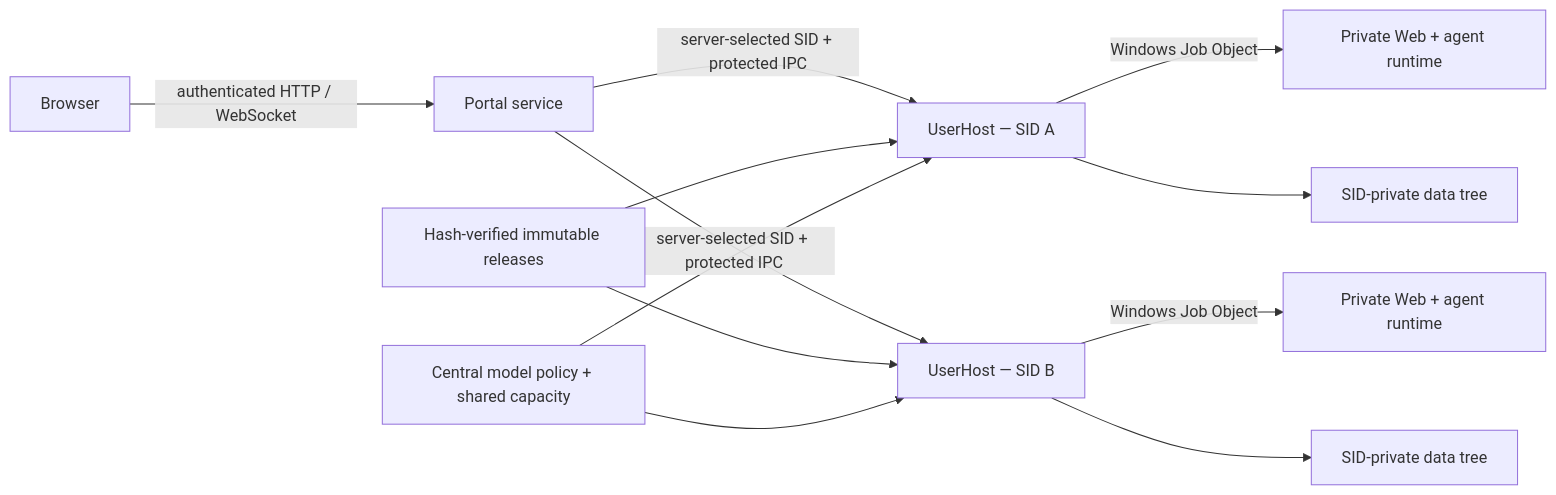
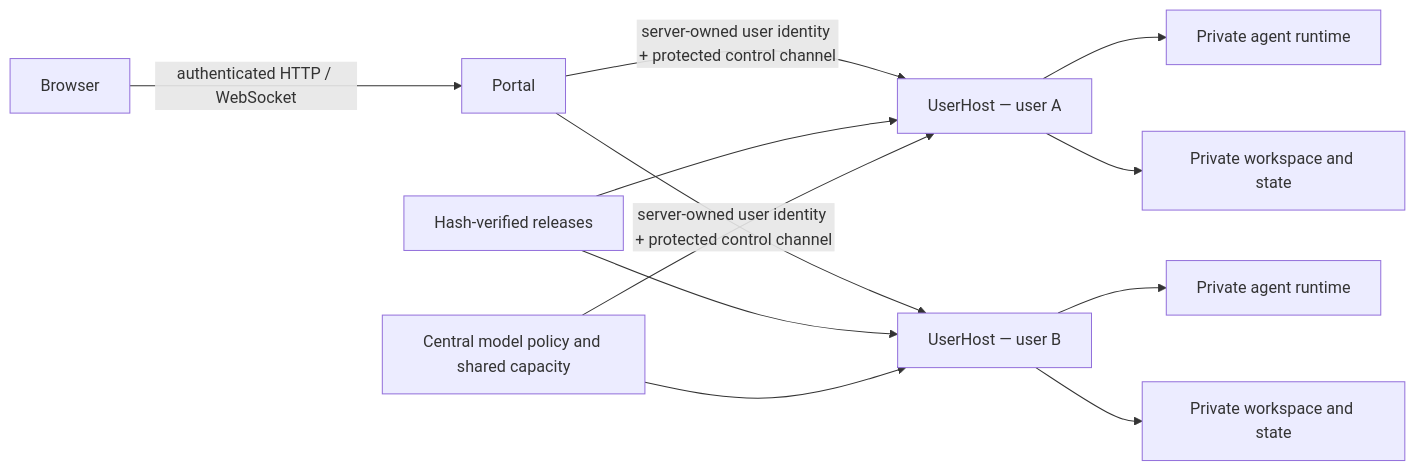
One commit to linziyan1231-source/WorkAgent2 changed the diagram in README.md. Above: the diagram before and after it, drawn with Mermaid. The commit also changed other lines of this file and 138 other files, not shown here.

````diff
--- a/README.md
+++ b/README.md
@@ -20,14 +40,14 @@
 ```mermaid
 flowchart LR
-    B["Browser"] -->|"authenticated HTTP / WebSocket"| P["Portal service"]
-    P -->|"server-selected SID + protected IPC"| U1["UserHost — SID A"]
-    P -->|"server-selected SID + protected IPC"| U2["UserHost — SID B"]
-    U1 -->|"Windows Job Object"| R1["Private Web + agent runtime"]
-    U2 -->|"Windows Job Object"| R2["Private Web + agent runtime"]
-    U1 --> D1["SID-private data tree"]
-    U2 --> D2["SID-private data tree"]
-    I["Hash-verified immutable releases"] --> U1
+    B["Browser"] -->|"authenticated HTTP / WebSocket"| P["Portal"]
+    P -->|"server-owned user identity + protected control channel"| U1["UserHost — user A"]
+    P -->|"server-owned user identity + protected control channel"| U2["UserHost — user B"]
+    U1 --> R1["Private agent runtime"]
+    U2 --> R2["Private agent runtime"]
+    U1 --> D1["Private workspace and state"]
+    U2 --> D2["Private workspace and state"]
+    I["Hash-verified releases"] --> U1
     I --> U2
-    M["Central model policy + shared capacity"] --> U1
+    M["Central model policy and shared capacity"] --> U1
     M --> U2
 ```
````
